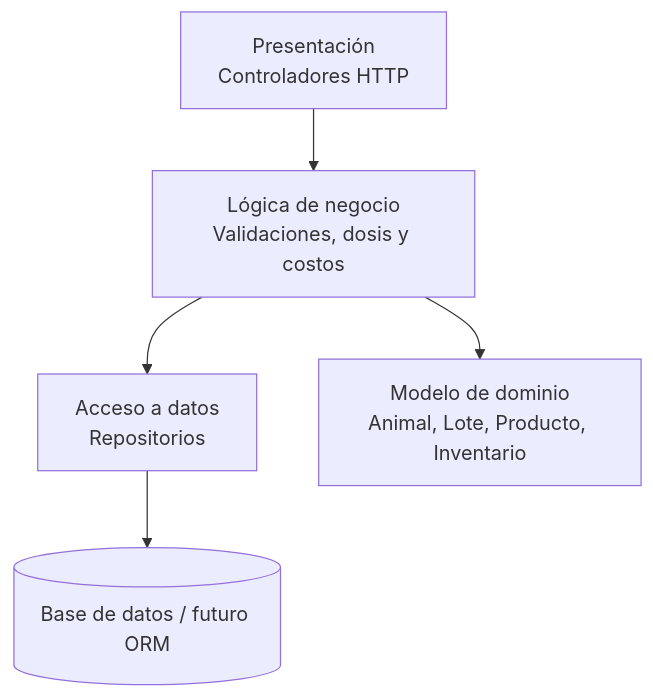
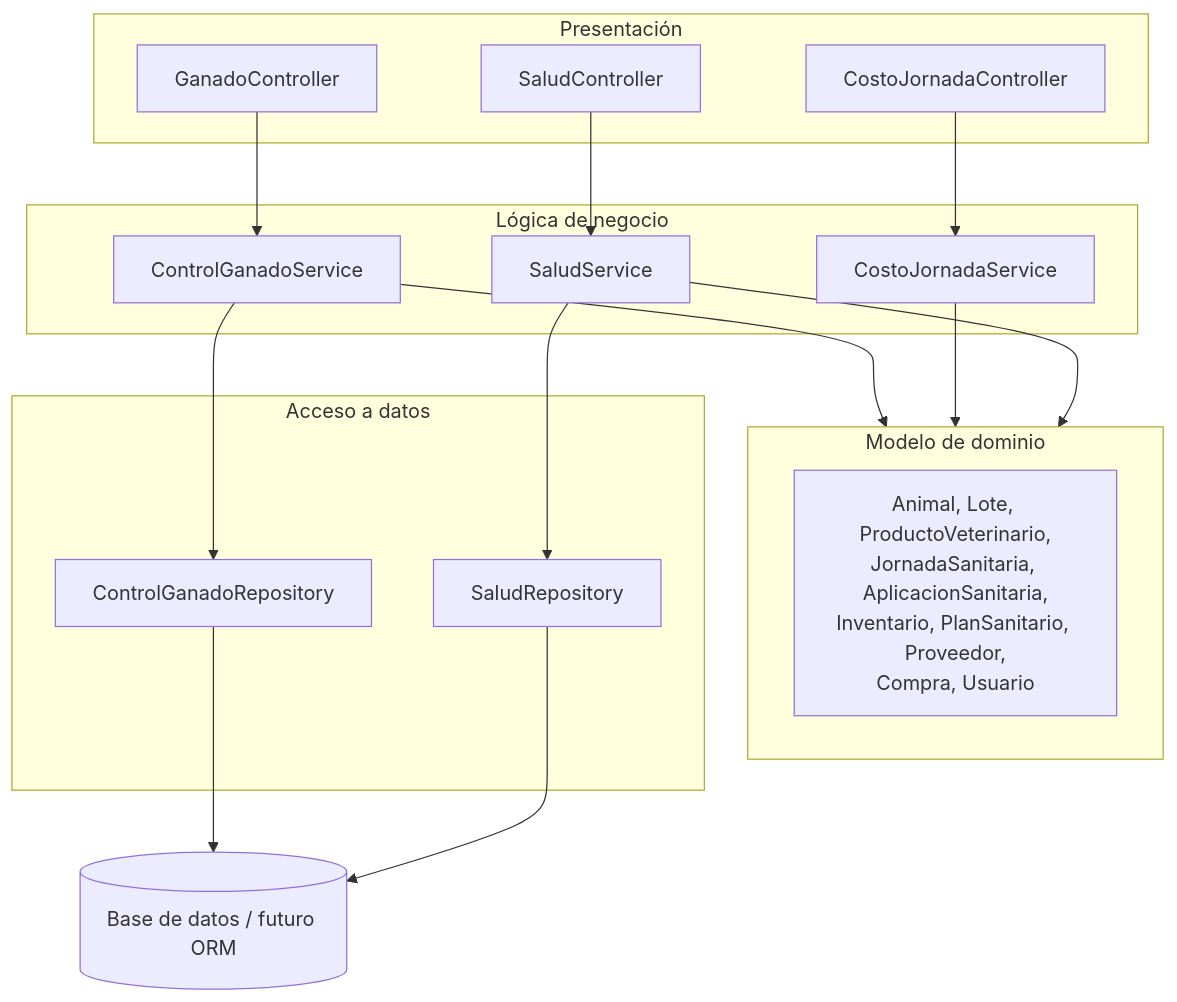
One commit to MStephVR/Lab1-Stephanie-VR changed the diagram in README.md. Above: the diagram before and after it, drawn with Mermaid. The commit also changed other lines of this file and 11 other files, not shown here.

````diff
--- a/README.md
+++ b/README.md
@@ -368,7 +38,34 @@
 ```mermaid
 flowchart TB
-	UI[Presentación\nControladores HTTP] --> BL[Lógica de negocio\nValidaciones, dosis y costos]
-	BL --> DL[Acceso a datos\nRepositorios]
-	BL --> DOM[Modelo de dominio\nAnimal, Lote, Producto, Inventario]
-	DL --> EXT[(Base de datos / futuro ORM)]
+	subgraph UI["Presentación"]
+		C1[GanadoController]
+		C2[CostoJornadaController]
+		C3[SaludController]
+	end
+	subgraph BL["Lógica de negocio"]
+		S1[ControlGanadoService]
+		S2[CostoJornadaService]
+		S3[SaludService]
+	end
+	subgraph DOM["Modelo de dominio"]
+		D1[Animal, Lote, ProductoVeterinario,
+JornadaSanitaria, AplicacionSanitaria,
+Inventario, PlanSanitario, Proveedor,
+Compra, Usuario]
+	end
+	subgraph DL["Acceso a datos"]
+		R1[ControlGanadoRepository]
+		R2[SaludRepository]
+	end
+
+	C1 --> S1
+	C2 --> S2
+	C3 --> S3
+	S1 --> R1
+	S3 --> R2
+	S1 --> DOM
+	S2 --> DOM
+	S3 --> DOM
+	R1 --> EXT[(Base de datos / futuro ORM)]
+	R2 --> EXT
 ```
````
